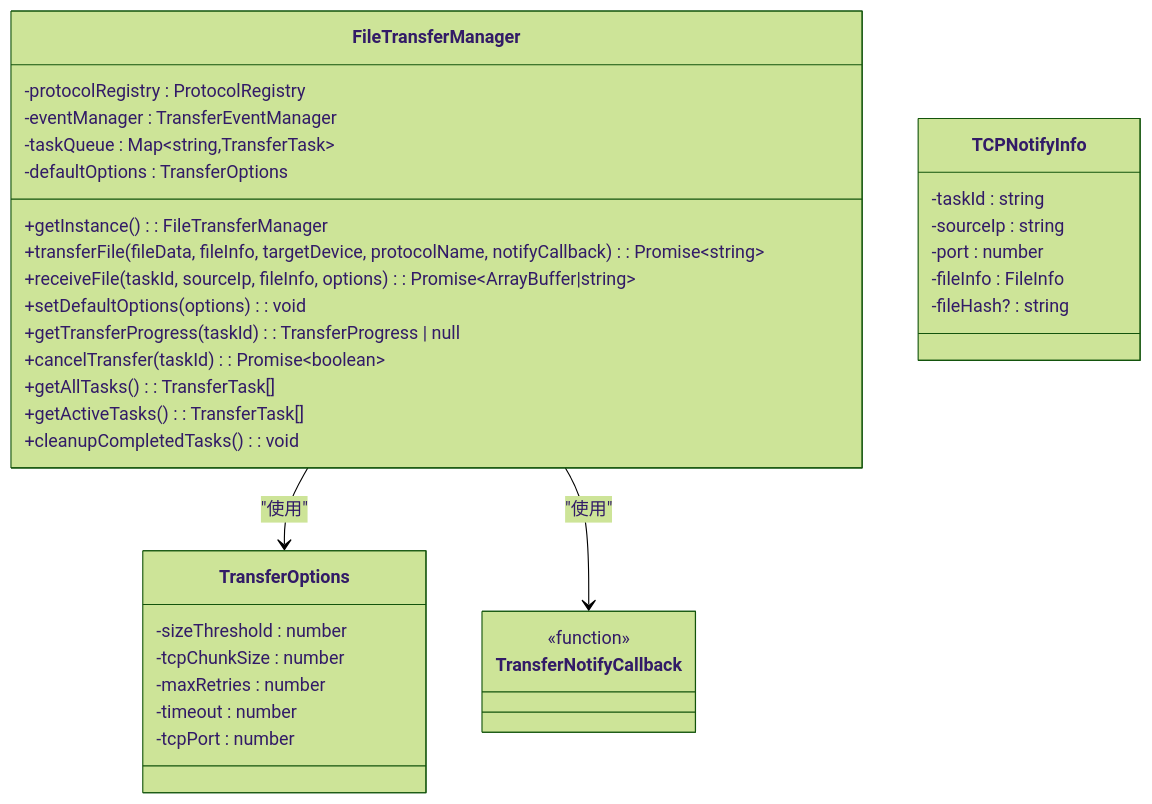
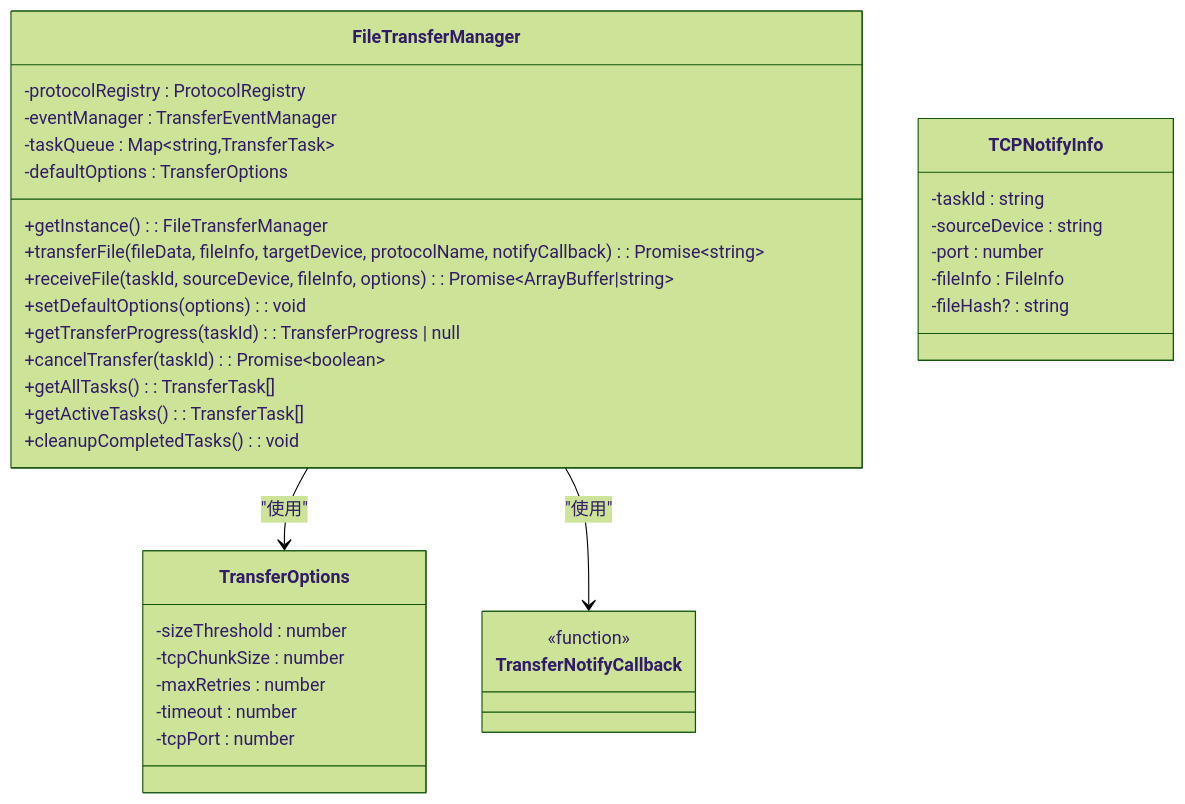
One commit to huo65/OH-Co3 changed the sixth of 9 diagrams in .qoder/repowiki/zh/content/任务调度系统/任务分发机制.md. Above: the diagram before and after it, drawn with Mermaid (forest theme). The commit also changed other lines of this file and 15 other files, not shown here.

````diff
--- a/.qoder/repowiki/zh/content/任务调度系统/任务分发机制.md
+++ b/.qoder/repowiki/zh/content/任务调度系统/任务分发机制.md
@@ -404,37 +445,37 @@
 ```mermaid
 classDiagram
 class FileTransferManager {
 -protocolRegistry : ProtocolRegistry
 -eventManager : TransferEventManager
 -taskQueue : Map~string,TransferTask~
 -defaultOptions : TransferOptions
 +getInstance() : FileTransferManager
 +transferFile(fileData, fileInfo, targetDevice, protocolName, notifyCallback) : Promise~string~
-+receiveFile(taskId, sourceIp, fileInfo, options) : Promise~ArrayBuffer|string~
++receiveFile(taskId, sourceDevice, fileInfo, options) : Promise~ArrayBuffer|string~
 +setDefaultOptions(options) : void
 +getTransferProgress(taskId) : TransferProgress | null
 +cancelTransfer(taskId) : Promise~boolean~
 +getAllTasks() : TransferTask[]
 +getActiveTasks() : TransferTask[]
 +cleanupCompletedTasks() : void
 }
 class TransferOptions {
 -sizeThreshold : number
 -tcpChunkSize : number
 -maxRetries : number
 -timeout : number
 -tcpPort : number
 }
 class TransferNotifyCallback {
 <<function>>
 }
 class TCPNotifyInfo {
 -taskId : string
--sourceIp : string
+-sourceDevice : string
 -port : number
 -fileInfo : FileInfo
 -fileHash? : string
 }
 FileTransferManager --> TransferOptions : "使用"
 FileTransferManager --> TransferNotifyCallback : "使用"
 ```
````
